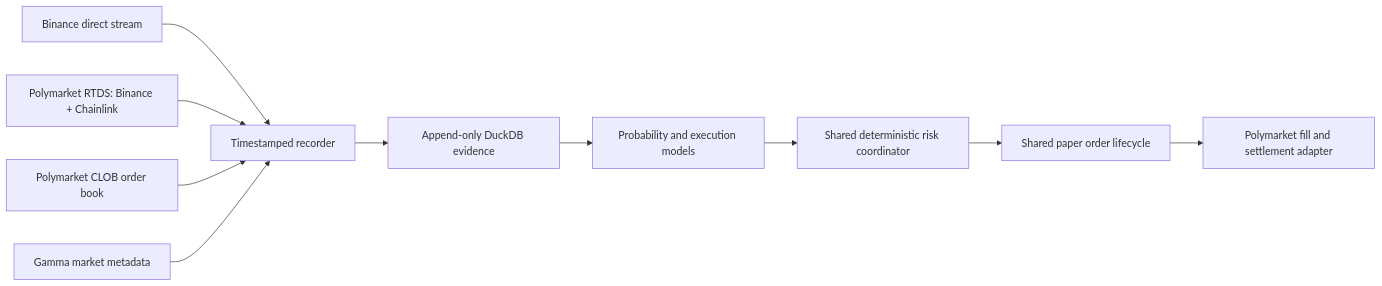
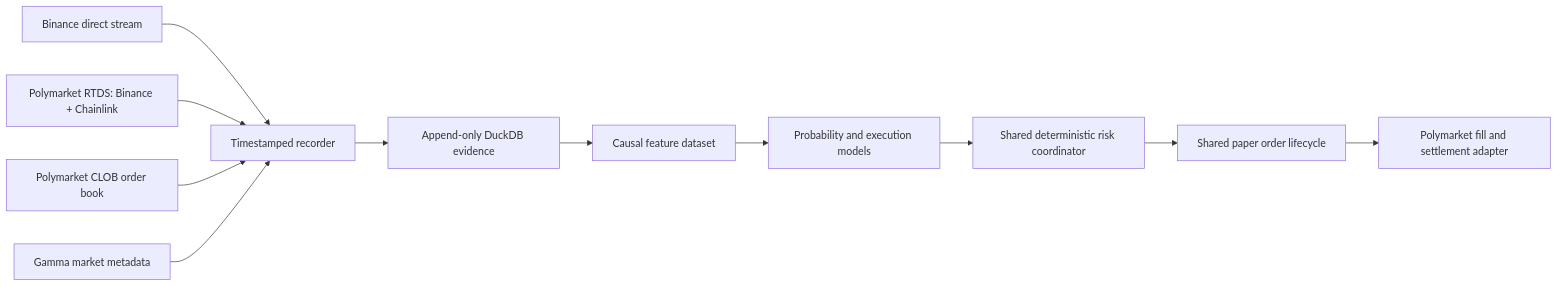
Before and after one commit to strmt7/simple_ai_trading: the diagram in docs/POLYMARKET_PAPER_TRADING.md, drawn with Mermaid. The commit also changed other lines of this file and 12 other files, not shown here.

````diff
--- a/docs/POLYMARKET_PAPER_TRADING.md
+++ b/docs/POLYMARKET_PAPER_TRADING.md
@@ -22,12 +23,13 @@
 ```mermaid
 flowchart LR
   B["Binance direct stream"] --> R["Timestamped recorder"]
   C["Polymarket RTDS: Binance + Chainlink"] --> R
   O["Polymarket CLOB order book"] --> R
   G["Gamma market metadata"] --> R
   R --> D["Append-only DuckDB evidence"]
-  D --> M["Probability and execution models"]
+  D --> F["Causal feature dataset"]
+  F --> M["Probability and execution models"]
   M --> K["Shared deterministic risk coordinator"]
   K --> P["Shared paper order lifecycle"]
   P --> X["Polymarket fill and settlement adapter"]
 ```
````
